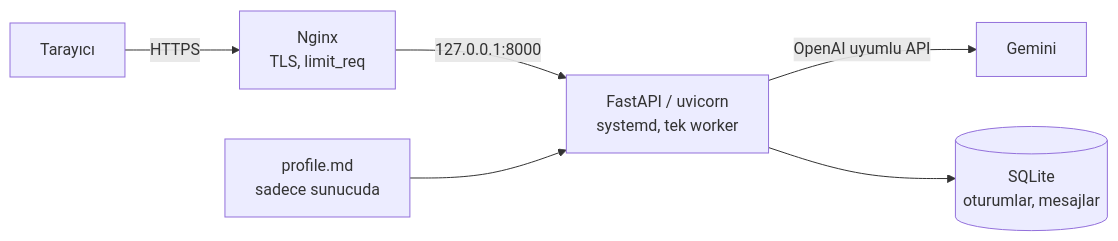
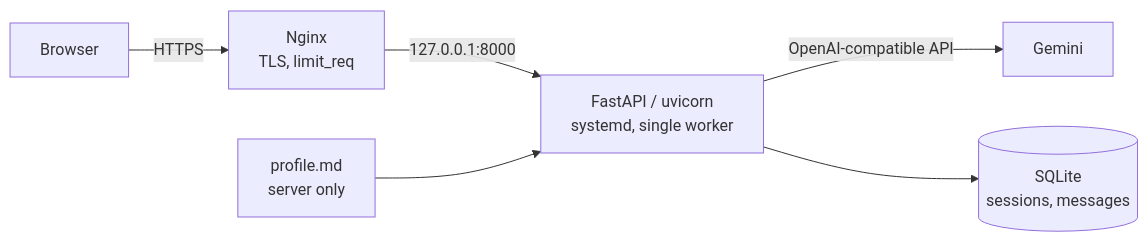
One commit to yavuz/ai-resume-chatbot changed the diagram in README.md. Above: the diagram before and after it, drawn with Mermaid. The commit also changed other lines of this file and 2 other files, not shown here.

````diff
--- a/README.md
+++ b/README.md
@@ -13,8 +17,8 @@
 ```mermaid
 flowchart LR
-    B[Tarayıcı] -- HTTPS --> N[Nginx<br/>TLS, limit_req]
-    N -- 127.0.0.1:8000 --> A[FastAPI / uvicorn<br/>systemd, tek worker]
-    A -- OpenAI uyumlu API --> L[Gemini]
-    A --> D[(SQLite<br/>oturumlar, mesajlar)]
-    P[profile.md<br/>sadece sunucuda] --> A
+    B[Browser] -- HTTPS --> N[Nginx<br/>TLS, limit_req]
+    N -- 127.0.0.1:8000 --> A[FastAPI / uvicorn<br/>systemd, single worker]
+    A -- OpenAI-compatible API --> L[Gemini]
+    A --> D[(SQLite<br/>sessions, messages)]
+    P[profile.md<br/>server only] --> A
 ```
````
